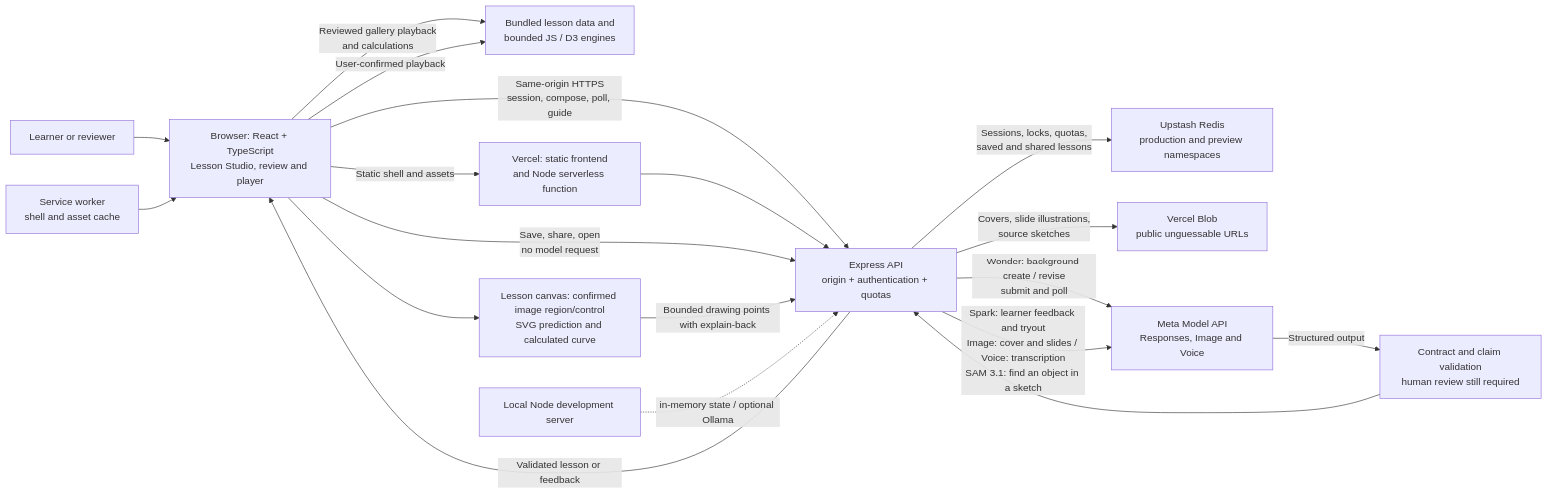
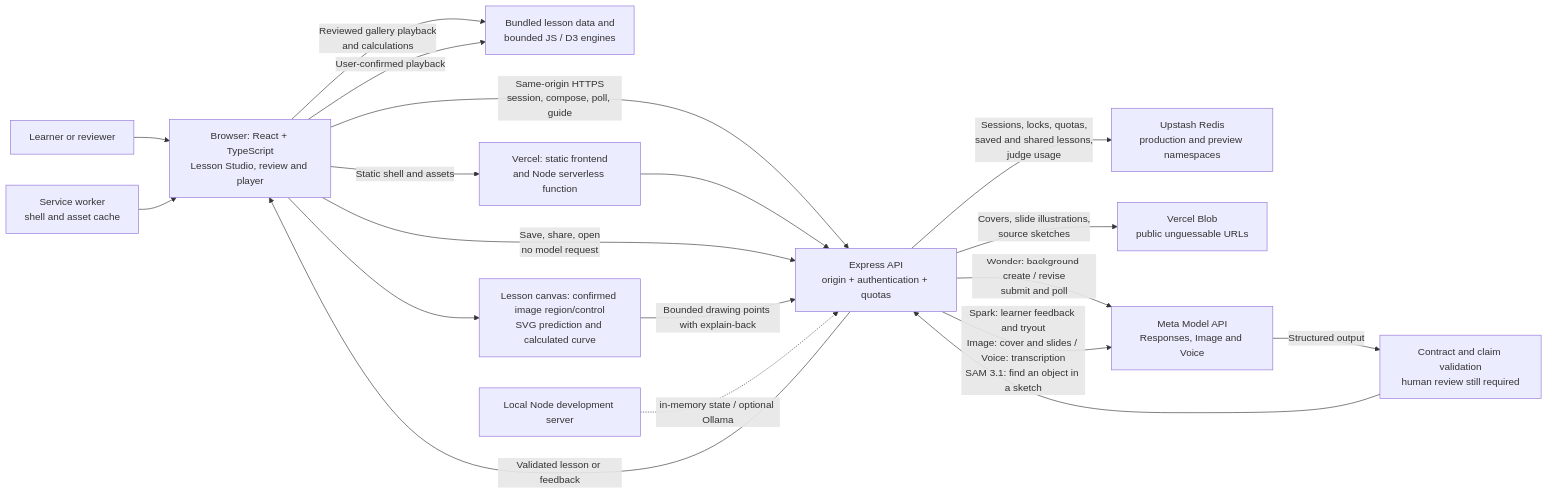
One commit to dorangao/explainbackapp changed the diagram in docs/architecture.md. Above: the diagram before and after it, drawn with Mermaid. The commit also changed other lines of this file and 30 other files, not shown here.

Commit message:
Add bounded public Judge mode and admin usage tracking

````diff
--- a/docs/architecture.md
+++ b/docs/architecture.md
@@ -5,21 +5,21 @@
 ```mermaid
 flowchart LR
   Learner["Learner or reviewer"] --> Browser["Browser: React + TypeScript<br/>Lesson Studio, review and player"]
   Browser -->|"Reviewed gallery playback<br/>and calculations"| Engine["Bundled lesson data and<br/>bounded JS / D3 engines"]
   Browser -->|"Static shell and assets"| Vercel["Vercel: static frontend<br/>and Node serverless function"]
   SW["Service worker<br/>shell and asset cache"] --> Browser
   Browser -->|"Same-origin HTTPS<br/>session, compose, poll, guide"| API["Express API<br/>origin + authentication + quotas"]
   Vercel --> API
-  API -->|"Sessions, locks, quotas,<br/>saved and shared lessons"| Redis["Upstash Redis<br/>production and preview namespaces"]
+  API -->|"Sessions, locks, quotas,<br/>saved and shared lessons,<br/>judge usage"| Redis["Upstash Redis<br/>production and preview namespaces"]
   API -->|"Covers, slide illustrations,<br/>source sketches"| Blob["Vercel Blob<br/>public unguessable URLs"]
   Browser -->|"Save, share, open<br/>no model request"| API
   API -->|"Wonder: background create / revise<br/>submit and poll"| Meta["Meta Model API<br/>Responses, Image and Voice"]
   API -->|"Spark: learner feedback and tryout<br/>Image: cover and slides / Voice: transcription<br/>SAM 3.1: find an object in a sketch"| Meta
   Meta -->|"Structured output"| Validate["Contract and claim validation<br/>human review still required"]
   Validate --> API
   API -->|"Validated lesson or feedback"| Browser
   Browser -->|"User-confirmed playback"| Engine
   Browser --> Canvas["Lesson canvas: confirmed image region/control<br/>SVG prediction and calculated curve"]
   Canvas -->|"Bounded drawing points with explain-back"| API
   Local["Local Node development server"] -.->|"in-memory state / optional Ollama"| API
 ```
````
